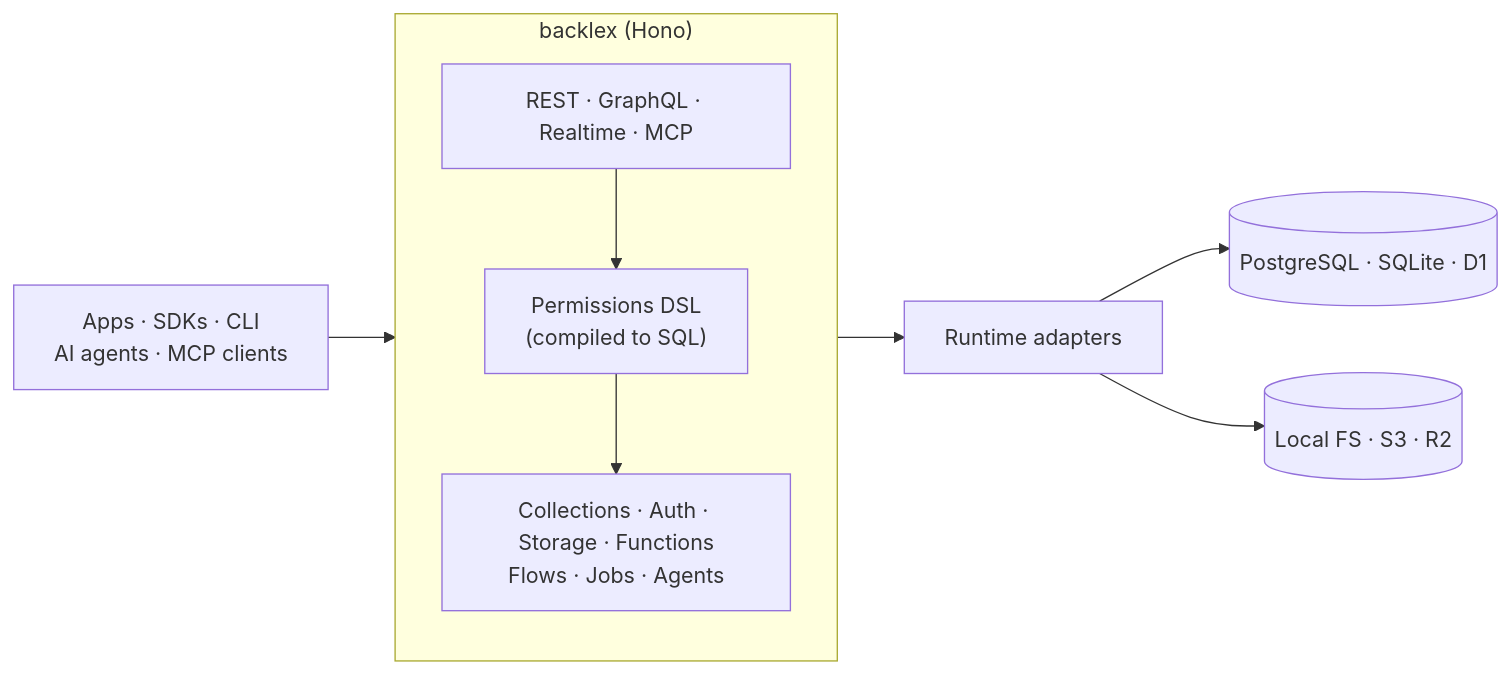
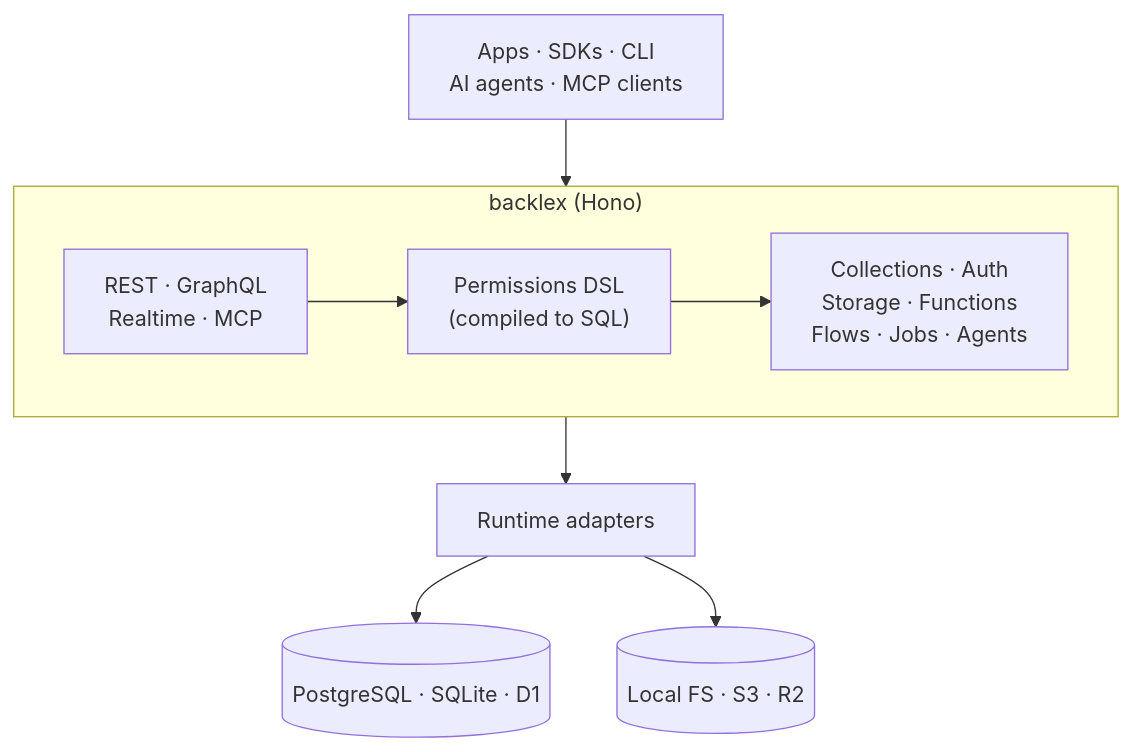
Before and after one commit to backlex/backlex: the diagram in README.md, drawn with Mermaid.

Commit message:
docs(readme): lay the architecture diagram out top-to-bottom
Left-to-right it rendered at ~180px tall inside GitHub's content column,
with the storage node half under the viewer's zoom controls. Labels now
break explicitly instead of wrapping mid-list.

````diff
--- a/README.md
+++ b/README.md
@@ -161,12 +161,12 @@
 ```mermaid
-flowchart LR
+flowchart TB
   clients["Apps · SDKs · CLI<br/>AI agents · MCP clients"] --> api
   subgraph api["backlex (Hono)"]
-    direction TB
-    surfaces["REST · GraphQL · Realtime · MCP"] --> perms["Permissions DSL<br/>(compiled to SQL)"]
-    perms --> services["Collections · Auth · Storage · Functions<br/>Flows · Jobs · Agents"]
+    direction LR
+    surfaces["REST · GraphQL<br/>Realtime · MCP"] --> perms["Permissions DSL<br/>(compiled to SQL)"]
+    perms --> services["Collections · Auth<br/>Storage · Functions<br/>Flows · Jobs · Agents"]
   end
   services --> adapters["Runtime adapters"]
   adapters --> db[("PostgreSQL · SQLite · D1")]
   adapters --> blob[("Local FS · S3 · R2")]
 ```
````
